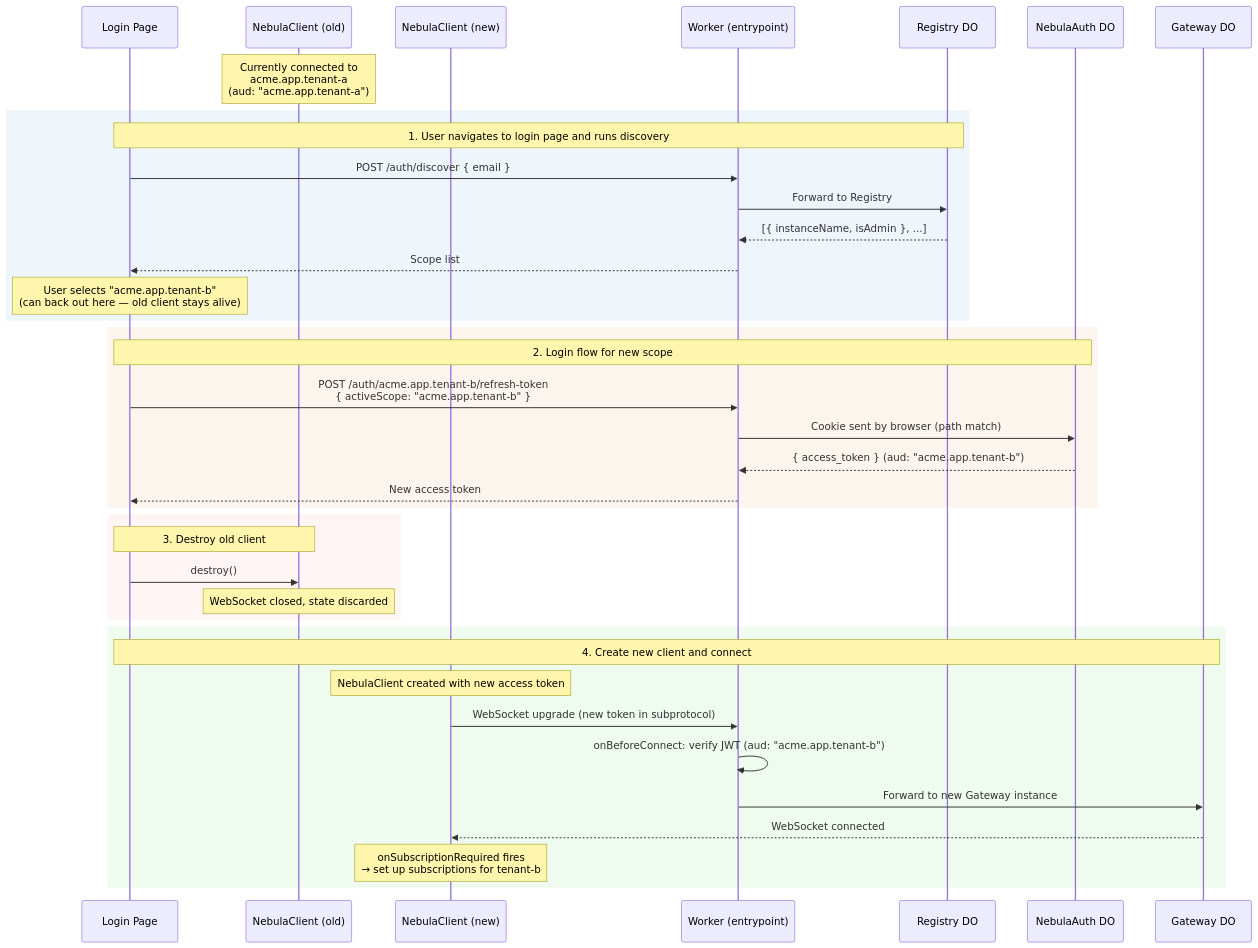
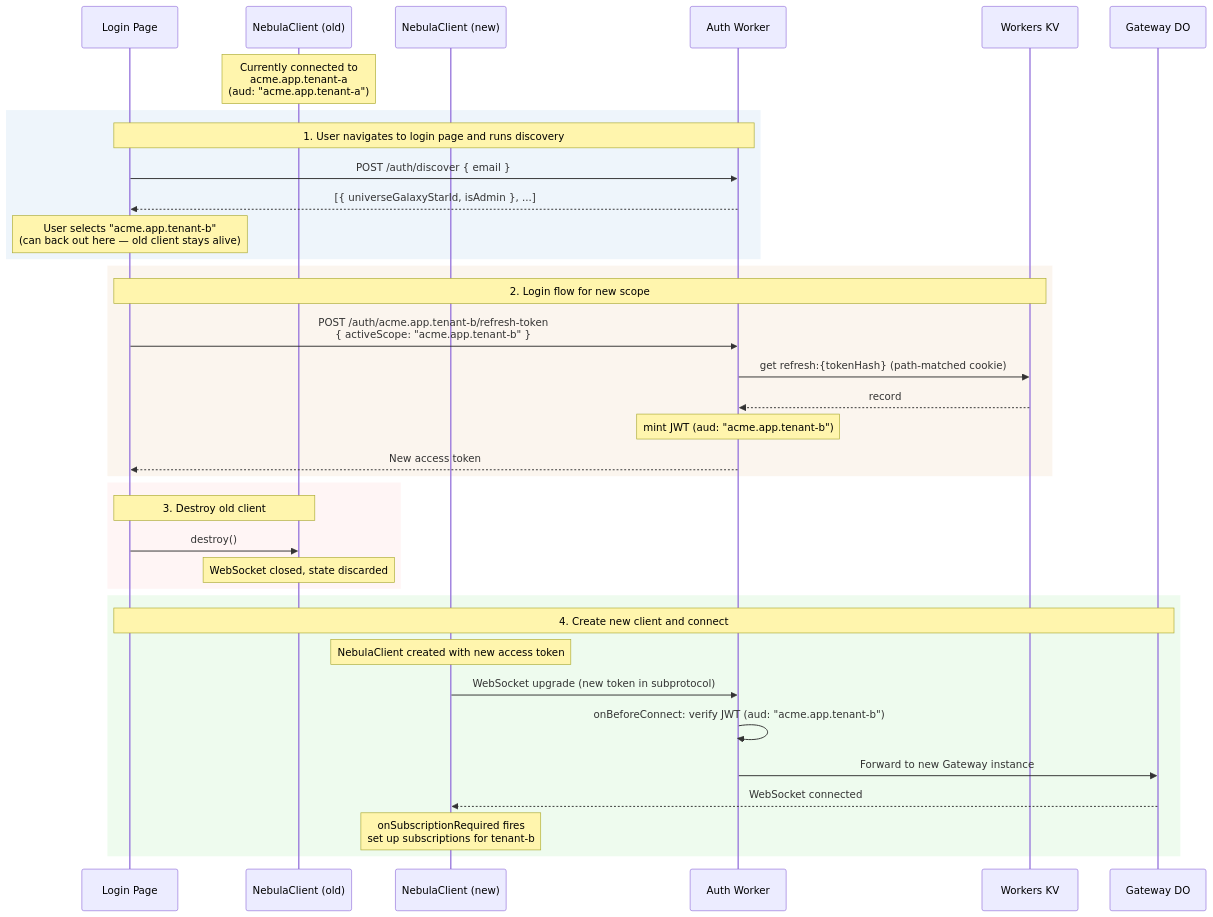
Before and after one commit to lumenize/lumenize: the third of 6 diagrams in website/docs/nebula/auth-flows.md, drawn with Mermaid. The commit also changed other lines of this file and 1 other file, not shown here.

First line of the commit message:
docs(nebula): rewrite auth-flows.md to the surrogate-sub model (Phase 5, best-effort)

````diff
--- a/website/docs/nebula/auth-flows.md
+++ b/website/docs/nebula/auth-flows.md
@@ -136,45 +154,43 @@
 ```mermaid
 sequenceDiagram
     participant UI as Login Page
     participant NC1 as NebulaClient (old)
     participant NC2 as NebulaClient (new)
-    participant W as Worker (entrypoint)
-    participant R as Registry DO
-    participant NA as NebulaAuth DO
+    participant W as Auth Worker
+    participant KV as Workers KV
     participant GW as Gateway DO
 
     Note over NC1: Currently connected to<br/>acme.app.tenant-a<br/>(aud: "acme.app.tenant-a")
 
     rect rgba(200, 220, 240, 0.3)
-        Note over UI,R: 1. User navigates to login page and runs discovery
+        Note over UI,W: 1. User navigates to login page and runs discovery
         UI->>W: POST /auth/discover { email }
-        W->>R: Forward to Registry
-        R-->>W: [{ instanceName, isAdmin }, ...]
-        W-->>UI: Scope list
+        W-->>UI: [{ universeGalaxyStarId, isAdmin }, ...]
         Note over UI: User selects "acme.app.tenant-b"<br/>(can back out here — old client stays alive)
     end
 
     rect rgba(240, 220, 200, 0.3)
-        Note over UI,NA: 2. Login flow for new scope
+        Note over UI,KV: 2. Login flow for new scope
         UI->>W: POST /auth/acme.app.tenant-b/refresh-token<br/>{ activeScope: "acme.app.tenant-b" }
-        W->>NA: Cookie sent by browser (path match)
-        NA-->>W: { access_token } (aud: "acme.app.tenant-b")
+        W->>KV: get refresh:{tokenHash} (path-matched cookie)
+        KV-->>W: record
+        Note over W: mint JWT (aud: "acme.app.tenant-b")
         W-->>UI: New access token
     end
 
     rect rgba(255, 220, 220, 0.3)
         Note over UI,NC1: 3. Destroy old client
         UI->>NC1: destroy()
         Note over NC1: WebSocket closed, state discarded
     end
 
     rect rgba(200, 240, 200, 0.3)
         Note over UI,GW: 4. Create new client and connect
         Note over NC2: NebulaClient created with new access token
         NC2->>W: WebSocket upgrade (new token in subprotocol)
         W->>W: onBeforeConnect: verify JWT (aud: "acme.app.tenant-b")
         W->>GW: Forward to new Gateway instance
         GW-->>NC2: WebSocket connected
-        Note over NC2: onSubscriptionRequired fires<br/>→ set up subscriptions for tenant-b
+        Note over NC2: onSubscriptionRequired fires<br/>set up subscriptions for tenant-b
     end
 ```
````
